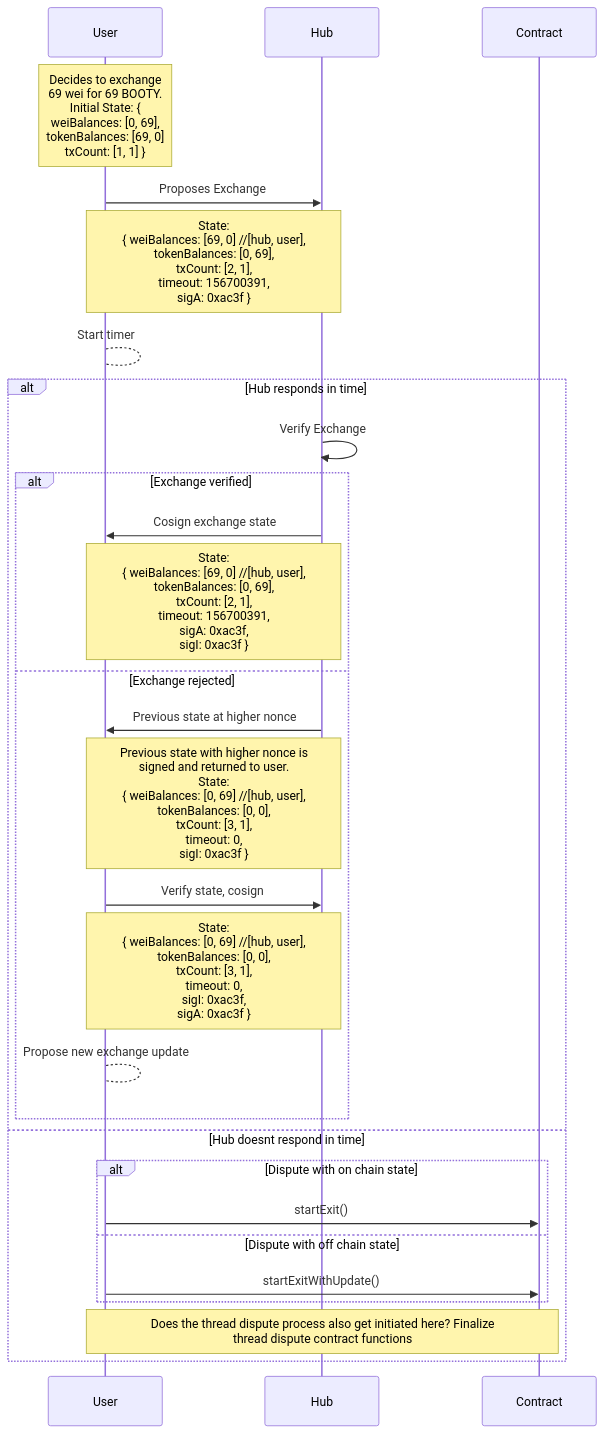
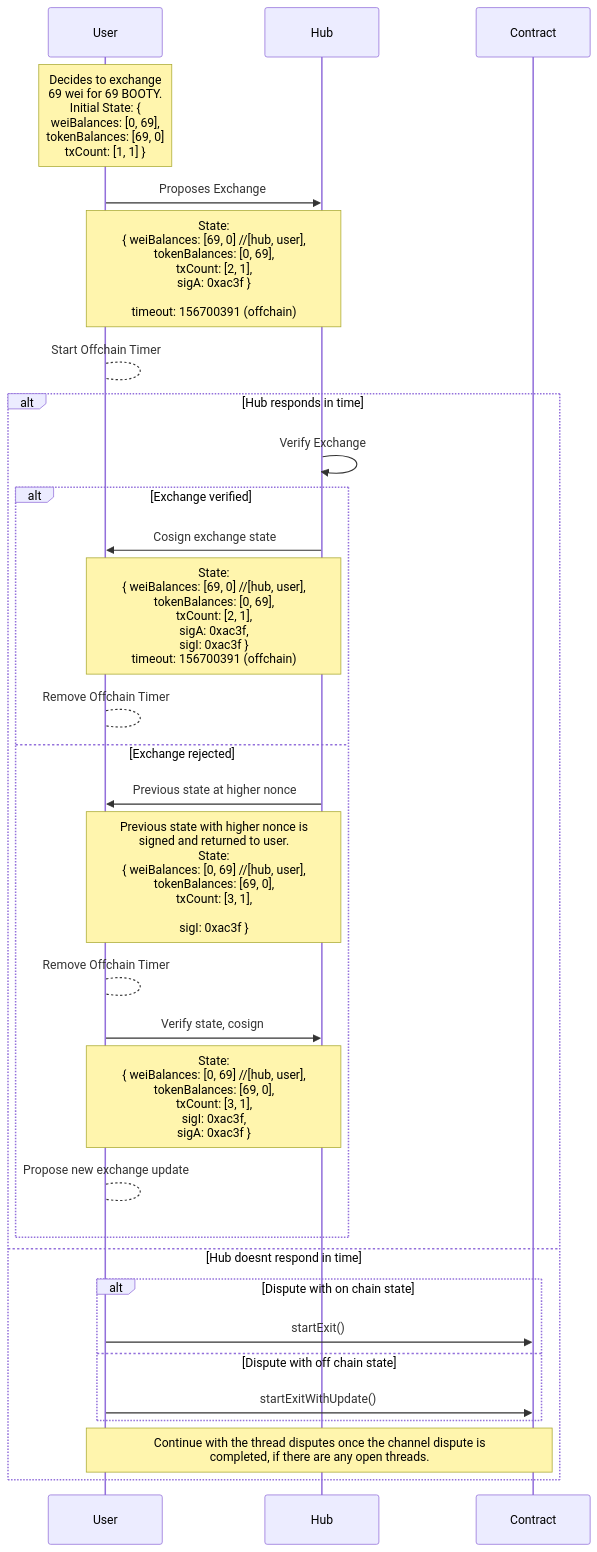
Before and after one commit to kyokan/contracts: the diagram in docs/diagrams/exchange.mmd, drawn with Mermaid.

```diff
--- a/docs/diagrams/exchange.mmd
+++ b/docs/diagrams/exchange.mmd
@@ -1,53 +1,53 @@
 sequenceDiagram
-
-    ###############################
-    # TO DO: what about when hub cant afford exchange?
-    ###############################
 
     # title <u>Offchain Exchange</u>
 
     # aliases
     participant User
     participant Hub
     participant Contract
 
 
     Note over User: Decides to exchange <br> 69 wei for 69 BOOTY.<br>Initial State: { <br>weiBalances: [0, 69],<br>tokenBalances: [69, 0]<br>txCount: [1, 1] }
 
 
     User->>Hub: Proposes Exchange
-    Note over User,Hub: State: <br> { weiBalances: [69, 0] //[hub, user], <br> tokenBalances: [0, 69], <br> txCount: [2, 1], <br> timeout: 156700391, <br>sigA: 0xac3f }
+    Note over User,Hub: State: <br> { weiBalances: [69, 0] //[hub, user], <br> tokenBalances: [0, 69], <br> txCount: [2, 1], <br>sigA: 0xac3f }<br><br> timeout: 156700391 (offchain)
 
-    User-->User: Start timer
+    User-->User: Start Offchain Timer
 
     alt Hub responds in time
 
         Hub->>Hub: Verify Exchange
 
         alt Exchange verified
             
             Hub->>User: Cosign exchange state
-            Note over User,Hub: State: <br> { weiBalances: [69, 0] //[hub, user], <br> tokenBalances: [0, 69], <br> txCount: [2, 1], <br> timeout: 156700391, <br>sigA: 0xac3f, <br>sigI: 0xac3f }
-        
+            Note over User,Hub: State: <br> { weiBalances: [69, 0] //[hub, user], <br> tokenBalances: [0, 69], <br> txCount: [2, 1], <br>sigA: 0xac3f, <br>sigI: 0xac3f } <br> timeout: 156700391 (offchain)
+      
+            User-->User: Remove Offchain Timer
+
         else Exchange rejected
             
             Hub->>User: Previous state at higher nonce
-            Note over User,Hub: Previous state with higher nonce is <br> signed and returned to user. <br> State: <br> { weiBalances: [0, 69] //[hub, user], <br> tokenBalances: [0, 0], <br> txCount: [3, 1], <br> timeout: 0, <br>sigI: 0xac3f }
+            Note over User,Hub: Previous state with higher nonce is <br> signed and returned to user. <br> State: <br> { weiBalances: [0, 69] //[hub, user], <br> tokenBalances: [69, 0], <br> txCount: [3, 1], <br><br>sigI: 0xac3f }
+
+            User-->User: Remove Offchain Timer
 
             User->>Hub: Verify state, cosign
-            Note over User,Hub: State: <br> { weiBalances: [0, 69] //[hub, user], <br> tokenBalances: [0, 0], <br> txCount: [3, 1], <br> timeout: 0, <br>sigI: 0xac3f, <br>sigA: 0xac3f }
+            Note over User,Hub: State: <br> { weiBalances: [0, 69] //[hub, user], <br> tokenBalances: [69, 0], <br> txCount: [3, 1], <br>sigI: 0xac3f, <br>sigA: 0xac3f }
 
             User-->User: Propose new exchange update
 
         end
 
     else Hub doesnt respond in time
     
         alt Dispute with on chain state
             User->>Contract: startExit()
         else Dispute with off chain state
             User->>Contract: startExitWithUpdate()
         end
 
-        Note over User,Contract: Does the thread dispute process also get initiated here? Finalize <br> thread dispute contract functions
+        Note over User,Contract: Continue with the thread disputes once the channel dispute is<br> completed, if there are any open threads.
     end
```
